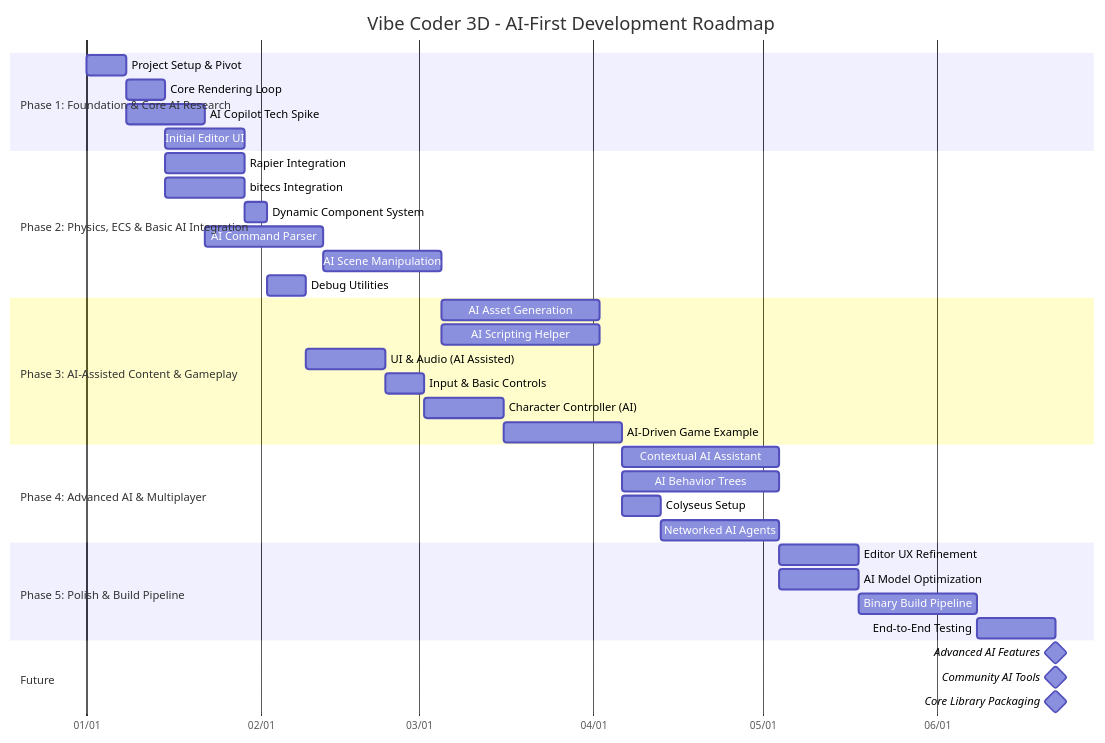
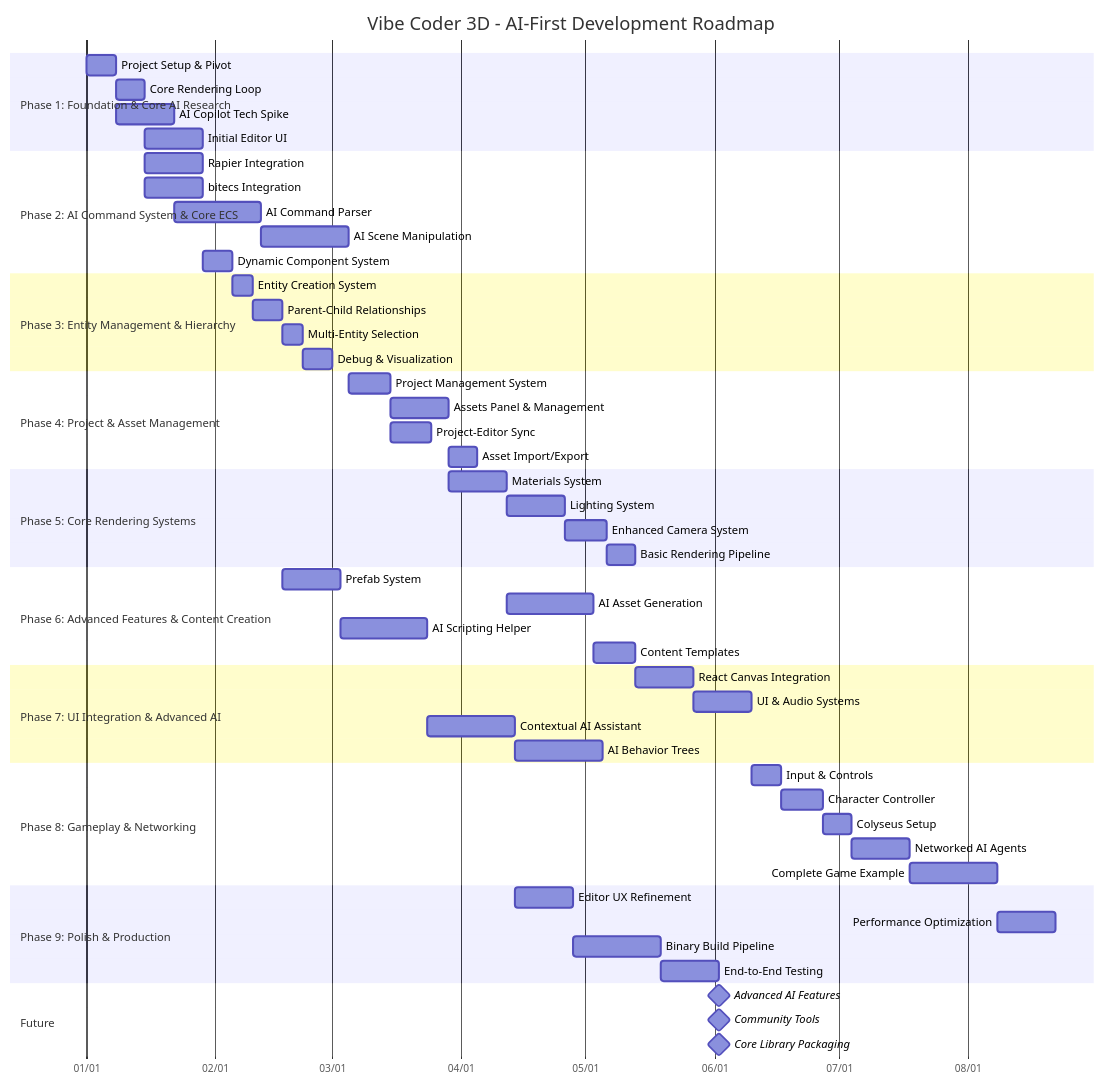
The diagram in docs/overview/1-3-roadmap.md (jonit-dev/vibe-coder-3d), drawn with Mermaid before and after one commit. The commit also changed other lines of this file and 1 other file, not shown here.

First line of the commit message:
Add Future Tasks Document for Integration Status

````diff
--- a/docs/overview/1-3-roadmap.md
+++ b/docs/overview/1-3-roadmap.md
@@ -18,45 +18,67 @@
 ```mermaid
 gantt
     title Vibe Coder 3D - AI-First Development Roadmap
     dateFormat  YYYY-MM-DD
     axisFormat %m/%d
 
     section Phase 1: Foundation & Core AI Research
     Project Setup & Pivot    :p1_setup, 2023-01-01, 7d
     Core Rendering Loop      :p1_render, after p1_setup, 7d
     AI Copilot Tech Spike    :p1_ai_spike, after p1_setup, 14d
     Initial Editor UI        :p1_editor_ui, after p1_render, 14d
 
-    section Phase 2: Physics, ECS & Basic AI Integration
+    section Phase 2: AI Command System & Core ECS
     Rapier Integration       :p2_physics, after p1_render, 14d
     bitecs Integration       :p2_ecs, after p1_render, 14d
-    Dynamic Component System :p2_dynamic_ecs, after p2_ecs, 4d
     AI Command Parser        :p2_ai_parser, after p1_ai_spike, 21d
     AI Scene Manipulation    :p2_ai_scene, after p2_ai_parser, 21d
-    Debug Utilities          :p2_debug, after p2_dynamic_ecs, 7d
+    Dynamic Component System :p2_dynamic_ecs, after p2_ecs, 7d
 
-    section Phase 3: AI-Assisted Content & Gameplay
-    AI Asset Generation      :p3_ai_assets, after p2_ai_scene, 28d
-    AI Scripting Helper      :p3_ai_script, after p2_ai_scene, 28d
-    UI & Audio (AI Assisted) :p3_ui_audio, after p2_debug, 14d
-    Input & Basic Controls   :p3_input, after p3_ui_audio, 7d
-    Character Controller (AI):p3_controller, after p3_input, 14d
-    AI-Driven Game Example   :p3_game, after p3_controller, 21d
+    section Phase 3: Entity Management & Hierarchy
+    Entity Creation System   :p3_entities, after p2_dynamic_ecs, 5d
+    Parent-Child Relationships :p3_hierarchy, after p3_entities, 7d
+    Multi-Entity Selection   :p3_selection, after p3_hierarchy, 5d
+    Debug & Visualization    :p3_debug, after p3_selection, 7d
 
-    section Phase 4: Advanced AI & Multiplayer
-    Contextual AI Assistant  :p4_context_ai, after p3_game, 28d
-    AI Behavior Trees        :p4_ai_behavior, after p3_game, 28d
-    Colyseus Setup           :p4_colyseus, after p3_game, 7d
-    Networked AI Agents      :p4_network_ai, after p4_colyseus, 21d
+    section Phase 4: Project & Asset Management
+    Project Management System :p4_project, after p2_ai_scene, 10d
+    Assets Panel & Management :p4_assets_panel, after p4_project, 14d
+    Project-Editor Sync      :p4_sync, after p4_project, 10d
+    Asset Import/Export      :p4_asset_io, after p4_assets_panel, 7d
 
-    section Phase 5: Polish & Build Pipeline
-    Editor UX Refinement     :p5_editor_ux, after p4_context_ai, 14d
-    AI Model Optimization    :p5_ai_opt, after p4_context_ai, 14d
-    Binary Build Pipeline    :p5_build, after p5_editor_ux, 21d
-    End-to-End Testing       :p5_e2e_test, after p5_build, 14d
+    section Phase 5: Core Rendering Systems
+    Materials System         :p5_materials, after p4_assets_panel, 14d
+    Lighting System          :p5_lighting, after p5_materials, 14d
+    Enhanced Camera System   :p5_camera, after p5_lighting, 10d
+    Basic Rendering Pipeline :p5_rendering, after p5_camera, 7d
+
+    section Phase 6: Advanced Features & Content Creation
+    Prefab System            :p6_prefabs, after p3_hierarchy, 14d
+    AI Asset Generation      :p6_ai_assets, after p5_materials, 21d
+    AI Scripting Helper      :p6_ai_script, after p6_prefabs, 21d
+    Content Templates        :p6_templates, after p6_ai_assets, 10d
+
+    section Phase 7: UI Integration & Advanced AI
+    React Canvas Integration :p7_react_canvas, after p5_rendering, 14d
+    UI & Audio Systems       :p7_ui_audio, after p7_react_canvas, 14d
+    Contextual AI Assistant  :p7_context_ai, after p6_ai_script, 21d
+    AI Behavior Trees        :p7_ai_behavior, after p7_context_ai, 21d
+
+    section Phase 8: Gameplay & Networking
+    Input & Controls         :p8_input, after p7_ui_audio, 7d
+    Character Controller     :p8_controller, after p8_input, 10d
+    Colyseus Setup           :p8_colyseus, after p8_controller, 7d
+    Networked AI Agents      :p8_network_ai, after p8_colyseus, 14d
+    Complete Game Example    :p8_game, after p8_network_ai, 21d
+
+    section Phase 9: Polish & Production
+    Editor UX Refinement     :p9_editor_ux, after p7_context_ai, 14d
+    Performance Optimization :p9_performance, after p8_game, 14d
+    Binary Build Pipeline    :p9_build, after p9_editor_ux, 21d
+    End-to-End Testing       :p9_e2e_test, after p9_build, 14d
 
     section Future
-    Advanced AI Features     :milestone, after p5_e2e_test, 0d
-    Community AI Tools       :milestone, after p5_e2e_test, 0d
-    Core Library Packaging   :milestone, after p5_e2e_test, 0d
+    Advanced AI Features     :milestone, after p9_e2e_test, 0d
+    Community Tools          :milestone, after p9_e2e_test, 0d
+    Core Library Packaging   :milestone, after p9_e2e_test, 0d
 ```
````
